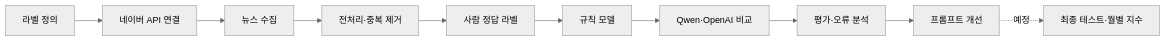
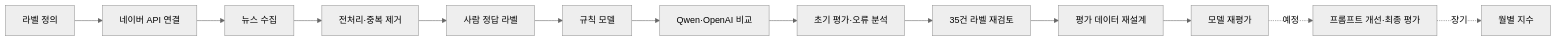
The diagram in README.md (jheon17/korean-ev-news-sentiment), drawn with Mermaid (neutral theme) before and after one commit. The commit also changed other lines of this file and 7 other files, not shown here.

````diff
--- a/README.md
+++ b/README.md
@@ -36,12 +36,15 @@
 ```mermaid
 flowchart LR
     A[라벨 정의] --> B[네이버 API 연결]
     B --> C[뉴스 수집]
     C --> D[전처리·중복 제거]
     D --> E[사람 정답 라벨]
     E --> F[규칙 모델]
     F --> G[Qwen·OpenAI 비교]
-    G --> H[평가·오류 분석]
-    H --> I[프롬프트 개선]
-    I -. 예정 .-> J[최종 테스트·월별 지수]
+    G --> H[초기 평가·오류 분석]
+    H --> I[35건 라벨 재검토]
+    I --> J[평가 데이터 재설계]
+    J --> K[모델 재평가]
+    K -. 예정 .-> L[프롬프트 개선·최종 평가]
+    L -. 장기 .-> M[월별 지수]
 ```
````
